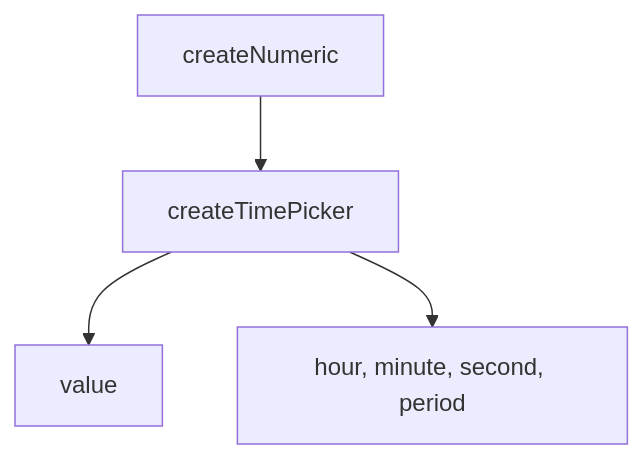
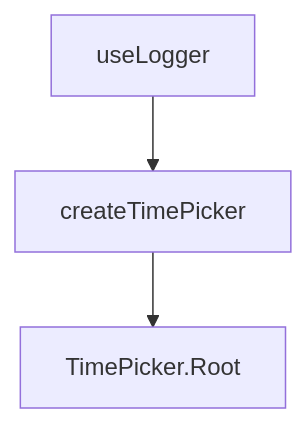
One commit to vuetifyjs/0 changed the diagram in apps/docs/src/pages/composables/forms/create-time-picker.md. Above: the diagram before and after it, drawn with Mermaid. The commit also changed other lines of this file and 2 other files, not shown here.

Commit message:
docs(createTimePicker): document the step grid, grid, and blocked contract

````diff
--- a/apps/docs/src/pages/composables/forms/create-time-picker.md
+++ b/apps/docs/src/pages/composables/forms/create-time-picker.md
@@ -57,11 +62,9 @@
 ```mermaid "createTimePicker Architecture"
 flowchart TD
-  Numeric["createNumeric"]
+  Logger["useLogger"]
   Picker["createTimePicker"]:::primary
-  Value["value"]
-  Fields["hour, minute, second, period"]
+  Root["TimePicker.Root"]
 
-  Numeric --> Picker
-  Picker --> Value
-  Picker --> Fields
+  Logger --> Picker
+  Picker --> Root
 ```
````
